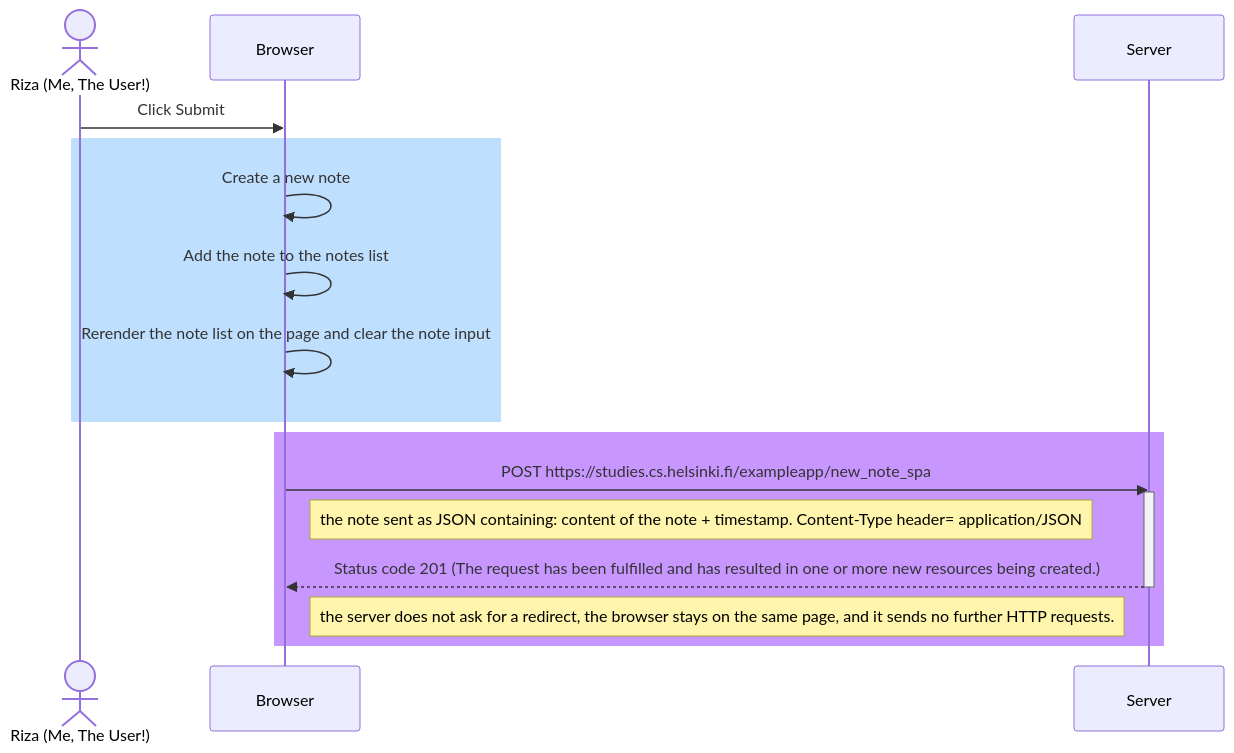
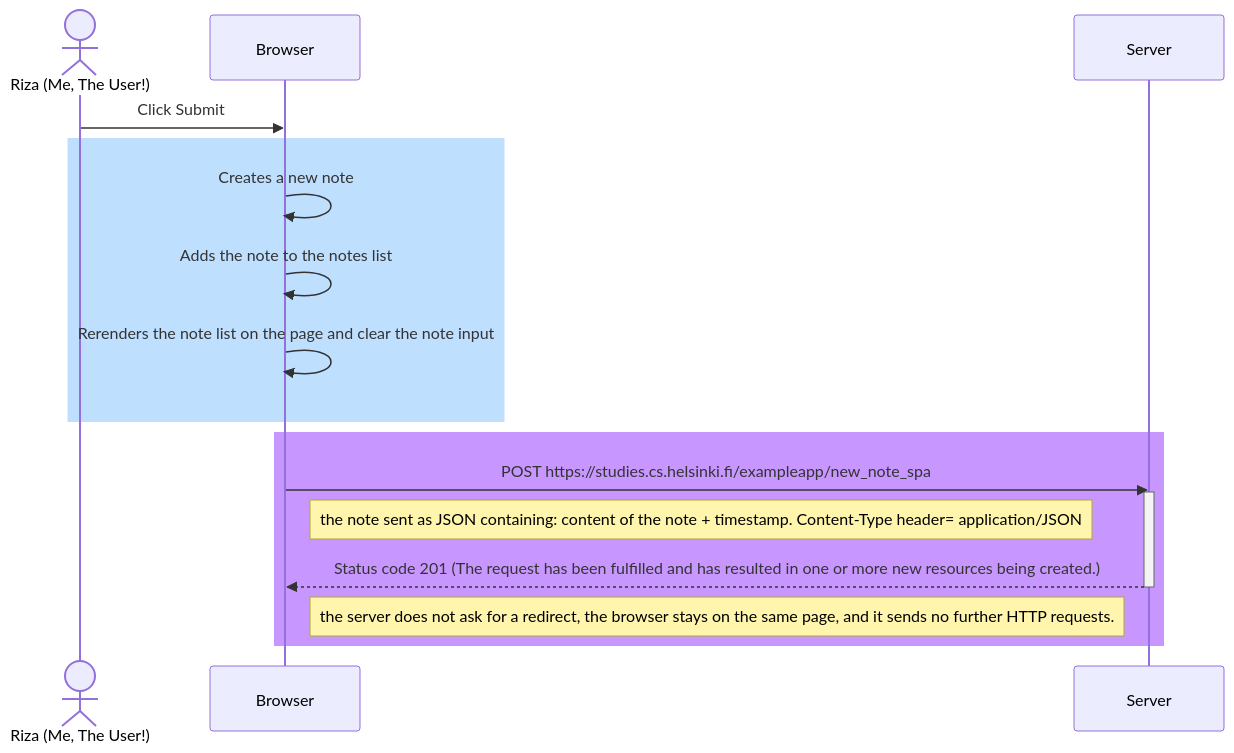
The diagram in SPA-NewNoteSeqDiagram.md (urmulu-riza/FullStackOpen-Part0), drawn with Mermaid before and after one commit.

````diff
--- a/SPA-NewNoteSeqDiagram.md
+++ b/SPA-NewNoteSeqDiagram.md
@@ -5,25 +5,25 @@
 ```mermaid
 sequenceDiagram
     Actor r as Riza (Me, The User!)
     participant b as Browser
     participant s as Server
 
     r->>b: Click Submit
     rect rgb(191, 223, 255)
-    b->>b: Create a new note
-    b->>b: Add the note to the notes list
-    b->>b: Rerender the note list on the page and clear the note input
+    b->>b: Creates a new note
+    b->>b: Adds the note to the notes list
+    b->>b: Rerenders the note list on the page and clear the note input
     end
 
 
     rect rgb(200, 150, 255)
     b->>s: POST https://studies.cs.helsinki.fi/exampleapp/new_note_spa
     activate s
 
     Note right of b: the note sent as JSON containing: content of the note + timestamp.  Content-Type header= application/JSON
     s-->>b: Status code 201 (The request has been fulfilled and has resulted in one or more new resources being created.)
      deactivate s
     Note right of b: the server does not ask for a redirect, the browser stays on the same page, and it sends no further HTTP requests.
 
     end
 ```
````
